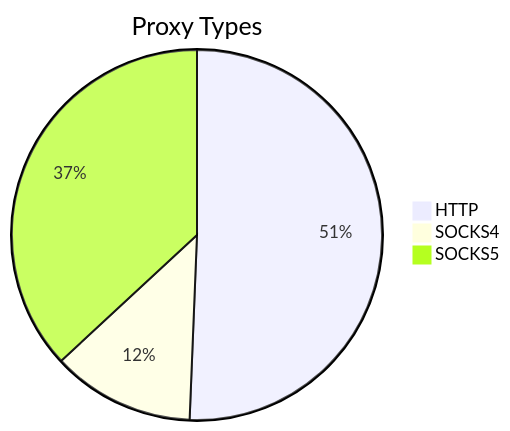
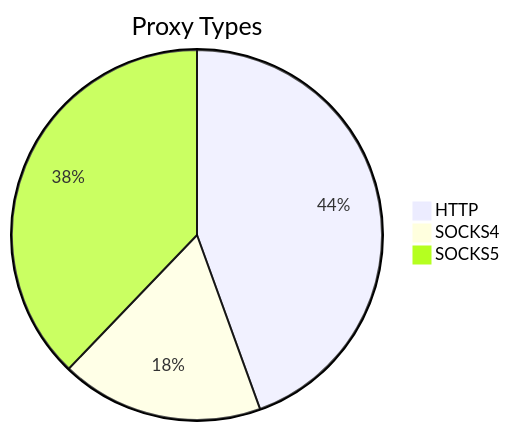
Before and after one commit to stormsia/proxy-list: the first of 2 diagrams in README.md, drawn with Mermaid. The commit also changed other lines of this file, not shown here.

````diff
--- a/README.md
+++ b/README.md
@@ -21,6 +21,6 @@
 ```mermaid
 pie title Proxy Types
-    "HTTP" : 199
-    "SOCKS4" : 49
-    "SOCKS5" : 145
+    "HTTP" : 201
+    "SOCKS4" : 80
+    "SOCKS5" : 171
 ```
````
